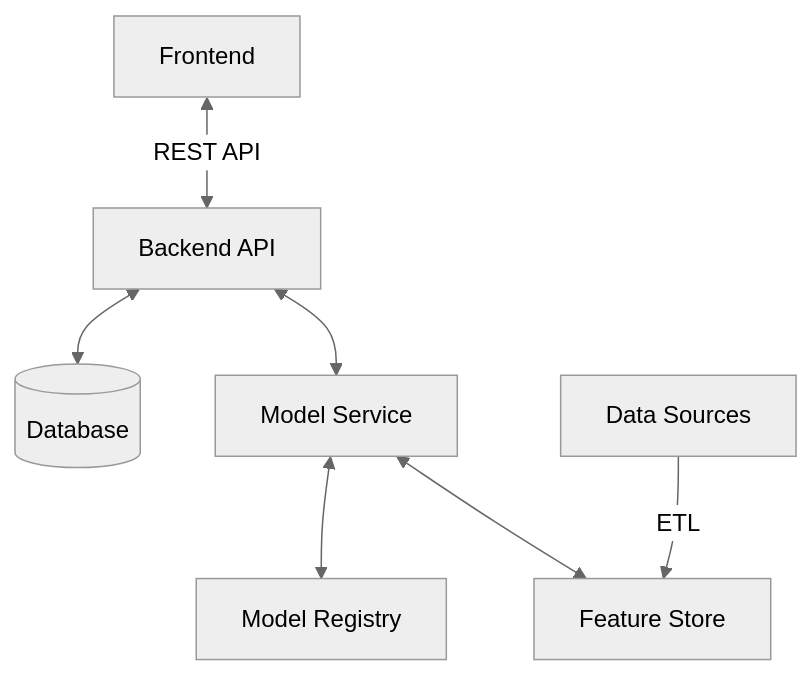
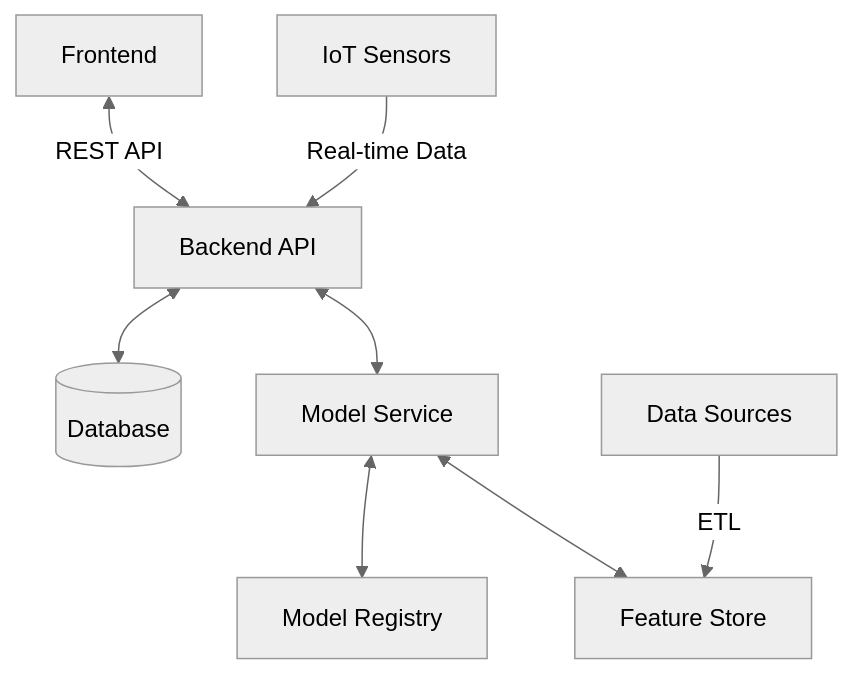
Before and after one commit to RishuBurnwal/Explainable-Predictive-Maintenance-Model: the diagram in documentation/ARCHITECTURE.md, drawn with Mermaid (neutral theme). The commit also changed other lines of this file and 11 other files, not shown here.

````diff
--- a/documentation/ARCHITECTURE.md
+++ b/documentation/ARCHITECTURE.md
@@ -7,9 +7,10 @@
 ```mermaid
 graph TD
     A[Frontend] <-->|REST API| B[Backend API]
     B <--> C[(Database)]
     B <--> D[Model Service]
     D <--> E[Model Registry]
     D <--> F[Feature Store]
     G[Data Sources] -->|ETL| F
+    H[IoT Sensors] -->|Real-time Data| B
 ```
````
